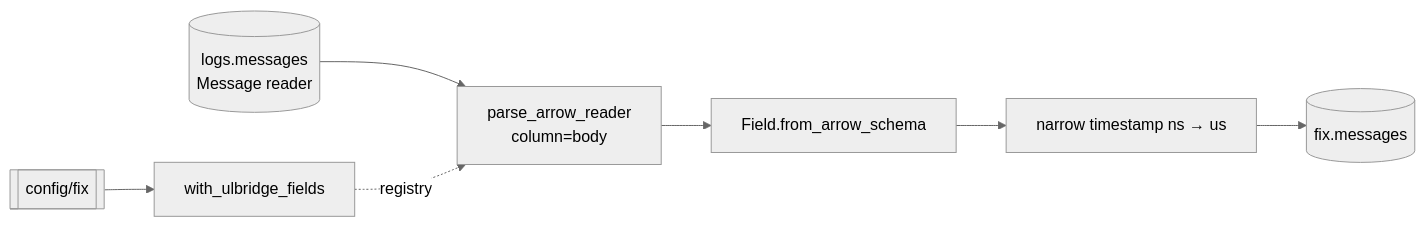
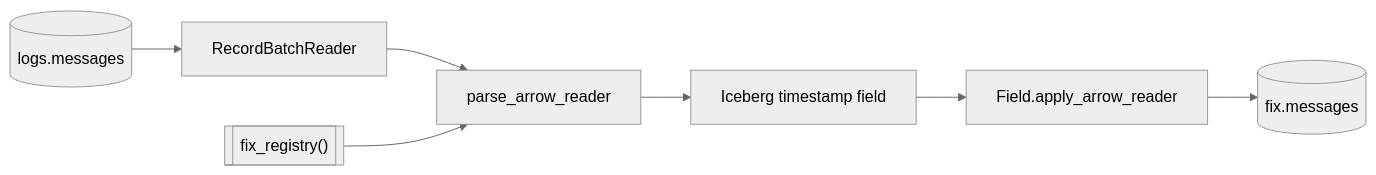
Before and after one commit to Platob/yggfin: the diagram in docs/pipeline/tasks/parse-fix.md, drawn with Mermaid (neutral theme). The commit also changed other lines of this file and 314 other files, not shown here.

````diff
--- a/docs/pipeline/tasks/parse-fix.md
+++ b/docs/pipeline/tasks/parse-fix.md
@@ -31,9 +39,9 @@
 ```mermaid
 flowchart LR
-    M[("logs.messages<br/>Message reader")] --> F["parse_arrow_reader<br/>column=body"]
-    R[["config/fix"]] --> V["with_ulbridge_fields"]
-    V -.registry.-> F
-    F --> S["Field.from_arrow_schema"]
-    S --> U["narrow timestamp ns → us"]
-    U --> W[("fix.messages")]
+    M[("logs.messages")] --> R["RecordBatchReader"]
+    R --> P["parse_arrow_reader"]
+    D[["fix_registry()"]] --> P
+    P --> N["Iceberg timestamp field"]
+    N --> A["Field.apply_arrow_reader"]
+    A --> F[("fix.messages")]
 ```
````
